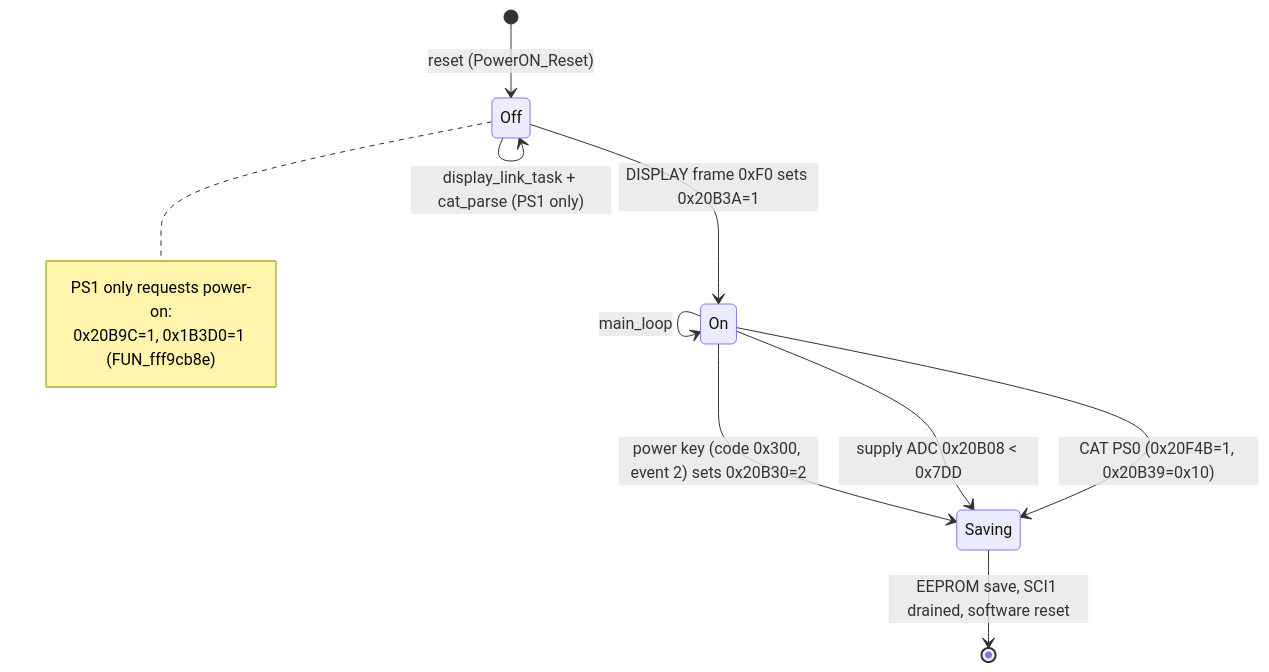
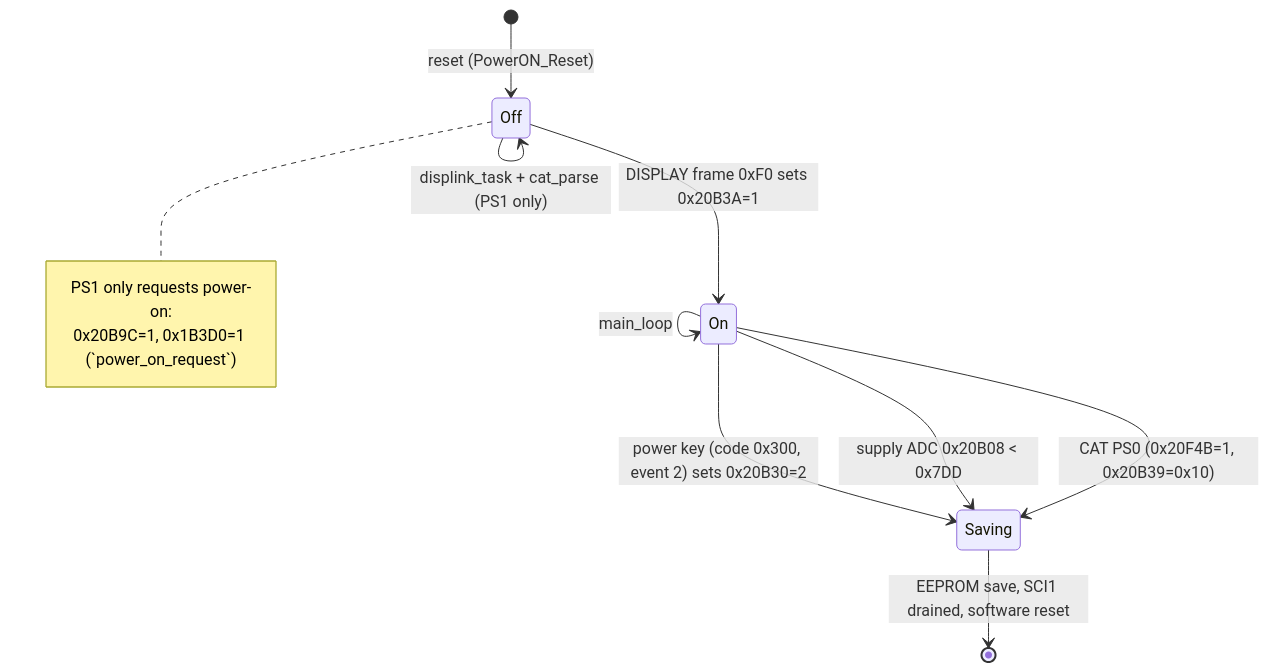
One commit to Reid-n0rc/FT-710_Firmware changed the fourth of 4 diagrams in docs/code/main/README.md. Above: the diagram before and after it, drawn with Mermaid. The commit also changed other lines of this file and 29 other files, not shown here.

````diff
--- a/docs/code/main/README.md
+++ b/docs/code/main/README.md
@@ -165,15 +164,15 @@
 ```mermaid
 stateDiagram-v2
   [*] --> Off: reset (PowerON_Reset)
-  Off --> Off: display_link_task + cat_parse (PS1 only)
+  Off --> Off: displink_task + cat_parse (PS1 only)
   Off --> On: DISPLAY frame 0xF0 sets 0x20B3A=1
   note right of Off
     PS1 only requests power-on:
-    0x20B9C=1, 0x1B3D0=1 (FUN_fff9cb8e)
+    0x20B9C=1, 0x1B3D0=1 (`power_on_request`)
   end note
   On --> On: main_loop
   On --> Saving: power key (code 0x300, event 2) sets 0x20B30=2
   On --> Saving: supply ADC 0x20B08 < 0x7DD
   On --> Saving: CAT PS0 (0x20F4B=1, 0x20B39=0x10)
   Saving --> [*]: EEPROM save, SCI1 drained, software reset
 ```
````
